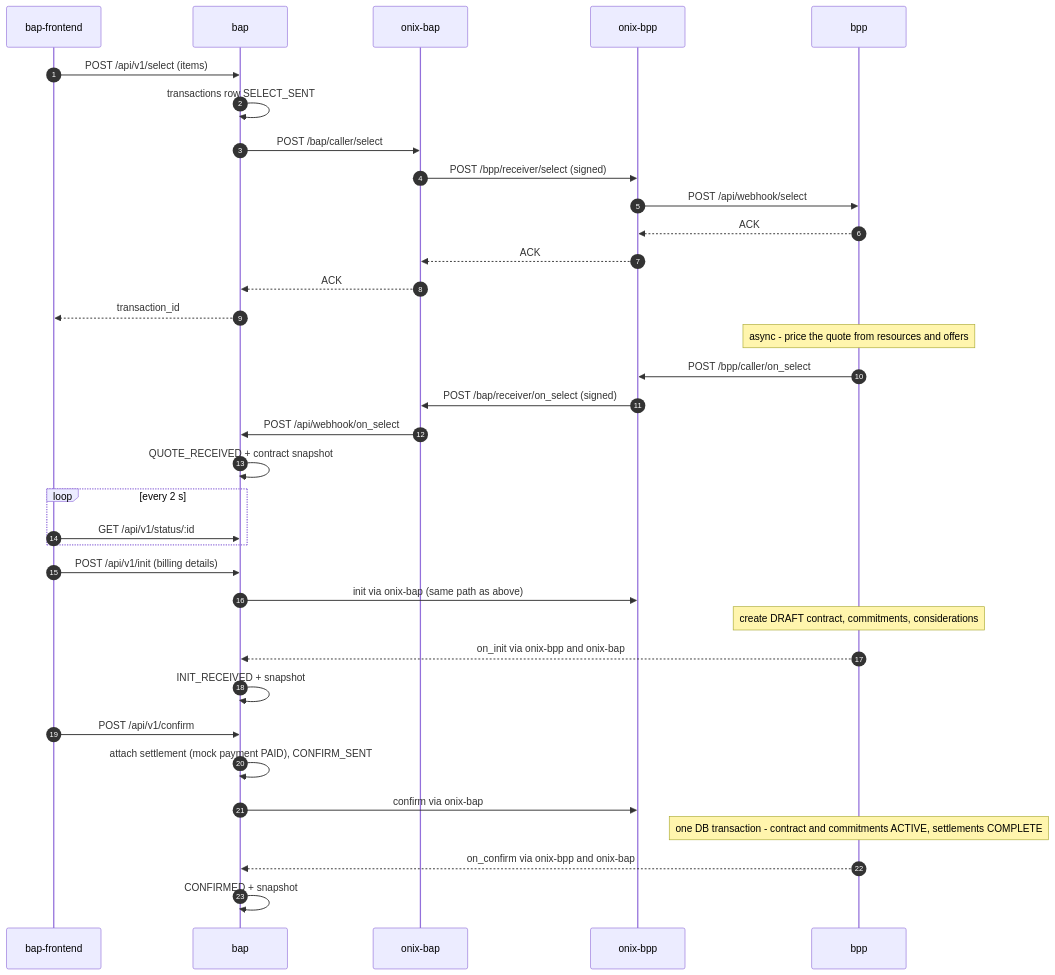
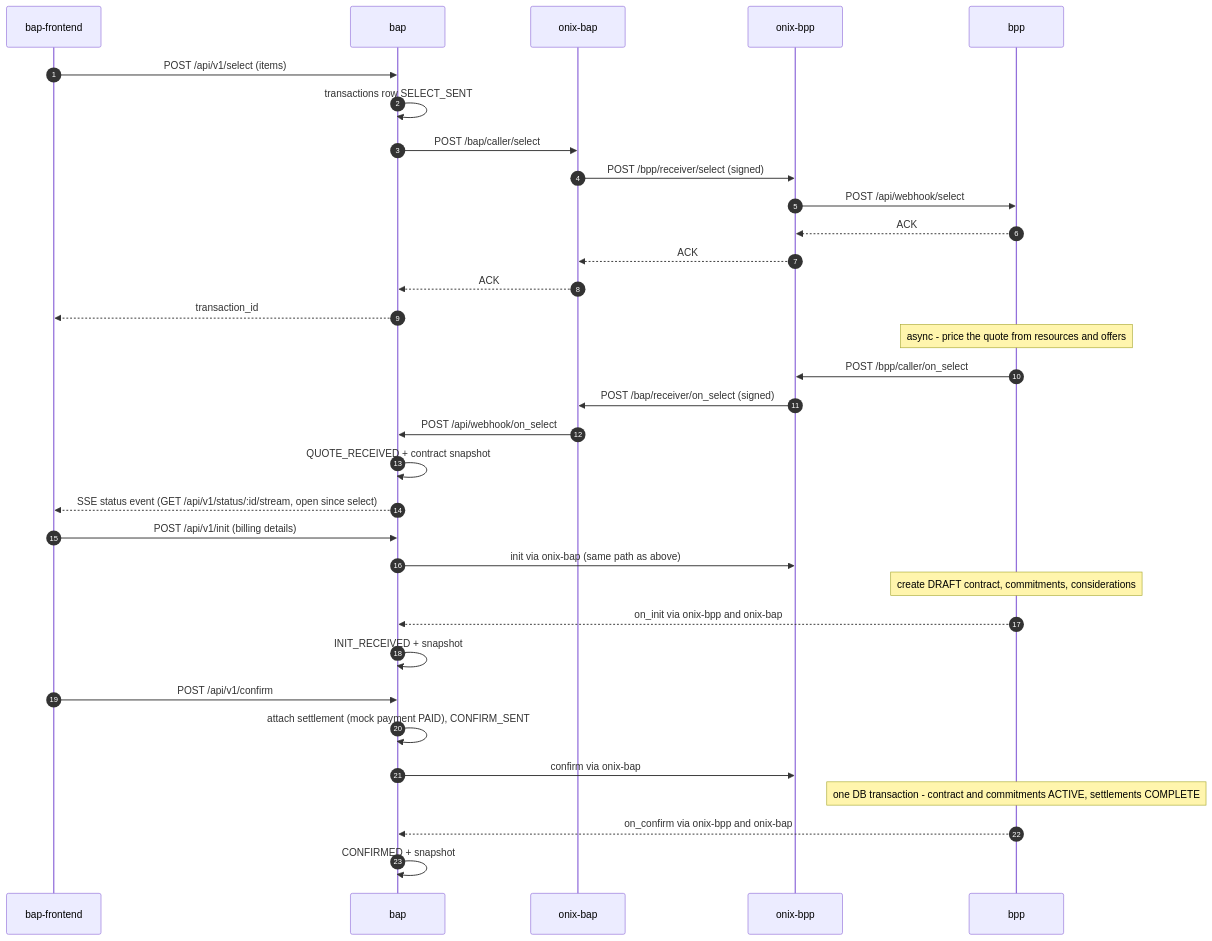
One commit to indonesiaopennetwork/reference-app changed the sixth of 11 diagrams in docs/architecture.md. Above: the diagram before and after it, drawn with Mermaid. The commit also changed other lines of this file and 13 other files, not shown here.

Commit message:
transaction status to bap-frontend over SSE instead of 500ms polling

````diff
--- a/docs/architecture.md
+++ b/docs/architecture.md
@@ -413,40 +413,38 @@
 ```mermaid
 sequenceDiagram
     autonumber
     participant FE as bap-frontend
     participant BAP as bap
     participant OB as onix-bap
     participant OP as onix-bpp
     participant BPP as bpp
 
     FE->>BAP: POST /api/v1/select (items)
     BAP->>BAP: transactions row SELECT_SENT
     BAP->>OB: POST /bap/caller/select
     OB->>OP: POST /bpp/receiver/select (signed)
     OP->>BPP: POST /api/webhook/select
     BPP-->>OP: ACK
     OP-->>OB: ACK
     OB-->>BAP: ACK
     BAP-->>FE: transaction_id
     Note over BPP: async - price the quote from resources and offers
     BPP->>OP: POST /bpp/caller/on_select
     OP->>OB: POST /bap/receiver/on_select (signed)
     OB->>BAP: POST /api/webhook/on_select
     BAP->>BAP: QUOTE_RECEIVED + contract snapshot
-    loop every 2 s
-        FE->>BAP: GET /api/v1/status/:id
-    end
+    BAP-->>FE: SSE status event (GET /api/v1/status/:id/stream, open since select)
 
     FE->>BAP: POST /api/v1/init (billing details)
     BAP->>OP: init via onix-bap (same path as above)
     Note over BPP: create DRAFT contract, commitments, considerations
     BPP-->>BAP: on_init via onix-bpp and onix-bap
     BAP->>BAP: INIT_RECEIVED + snapshot
 
     FE->>BAP: POST /api/v1/confirm
     BAP->>BAP: attach settlement (mock payment PAID), CONFIRM_SENT
     BAP->>OP: confirm via onix-bap
     Note over BPP: one DB transaction - contract and commitments ACTIVE, settlements COMPLETE
     BPP-->>BAP: on_confirm via onix-bpp and onix-bap
     BAP->>BAP: CONFIRMED + snapshot
 ```
````
